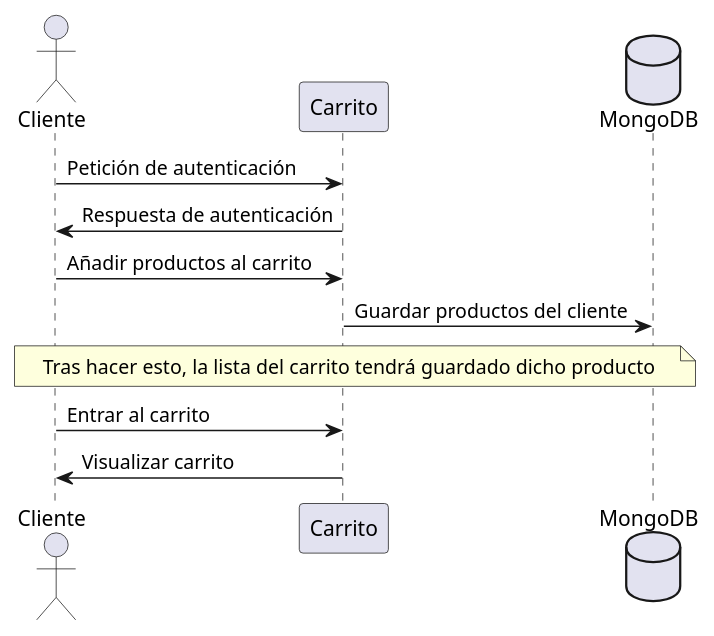
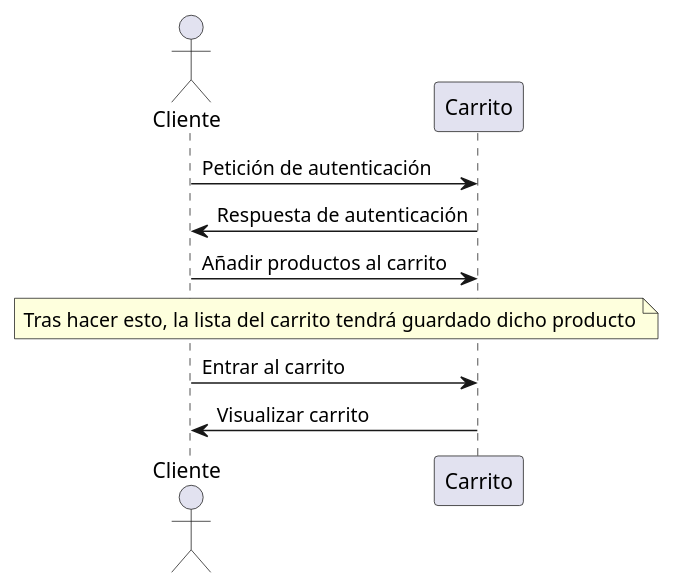
Before and after one commit to Arquisoft/Arquisoft-dede_es_02b: the first of 5 diagrams in docs/06_runtime_view.adoc, drawn with PlantUML.

Commit message:
Arreglado punto 6 (Añadir producto)

```diff
--- a/docs/06_runtime_view.adoc
+++ b/docs/06_runtime_view.adoc
@@ -35,13 +35,11 @@
 [plantuml,"Diagrama Añadir producto",png]
 ----
 actor Cliente
 participant Carrito
-database MongoDB
 Cliente -> Carrito: Petición de autenticación
 Carrito -> Cliente: Respuesta de autenticación
 Cliente -> Carrito: Añadir productos al carrito
-Carrito -> MongoDB: Guardar productos del cliente
 note across: Tras hacer esto, la lista del carrito tendrá guardado dicho producto
 Cliente -> Carrito: Entrar al carrito
 Carrito -> Cliente: Visualizar carrito
 ----
```
